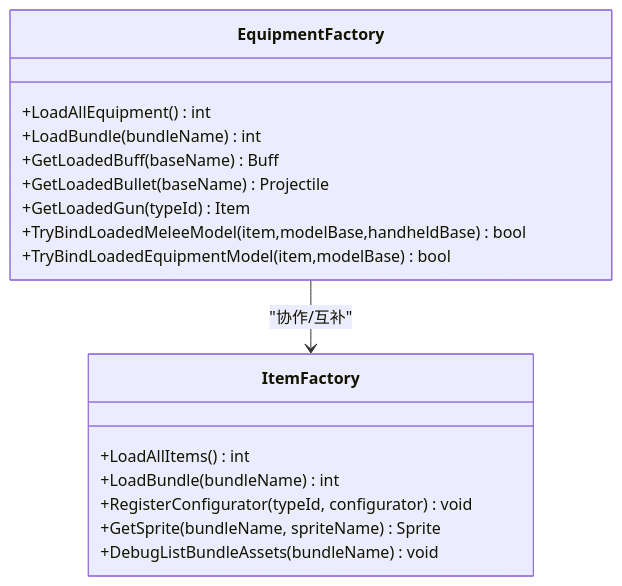
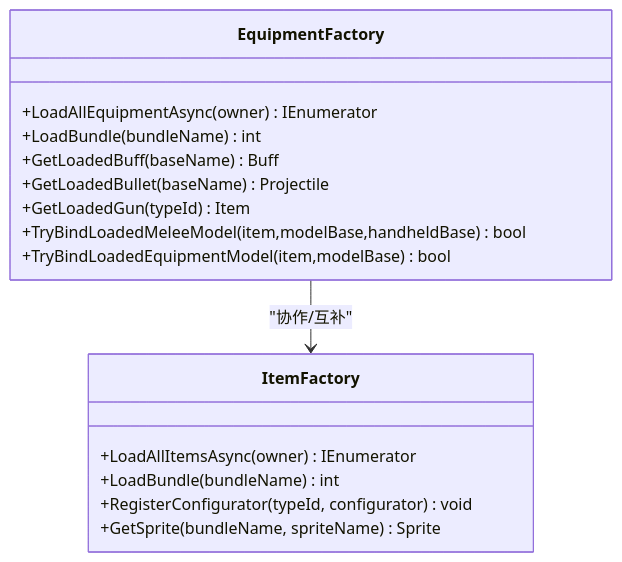
One commit to GASEN1216/BossRushMod changed the eighth of 9 diagrams in .qoder/repowiki/zh/content/项目概览/技术架构概览/技术架构概览.md. Above: the diagram before and after it, drawn with Mermaid. The commit also changed other lines of this file and 315 other files, not shown here.

Commit message:
v2.6.0：收集品 100 件与收藏册（开箱额外一格、九图两全图系列与珍品、集齐奖励、杰夫引导 590217、陈列柜实物与 6–8 档格框），全部物品图标按原版画风重画并统一到 ModItemIcons + Publish；资源读取统一为 ModSprites、ResourceBundleLoader、JsonDataRegistry、BossRushOfficialAudio、GetModPath 五个入口并删过期加载代码，修好从未响过的龙王武器射击音；主角枪械暴击率加成改为爆头伤害，收集品审核七条全修

````diff
--- a/.qoder/repowiki/zh/content/项目概览/技术架构概览/技术架构概览.md
+++ b/.qoder/repowiki/zh/content/项目概览/技术架构概览/技术架构概览.md
@@ -288,20 +288,19 @@
 ```mermaid
 classDiagram
 class EquipmentFactory {
-+LoadAllEquipment() int
++LoadAllEquipmentAsync(owner) IEnumerator
 +LoadBundle(bundleName) int
 +GetLoadedBuff(baseName) Buff
 +GetLoadedBullet(baseName) Projectile
 +GetLoadedGun(typeId) Item
 +TryBindLoadedMeleeModel(item,modelBase,handheldBase) bool
 +TryBindLoadedEquipmentModel(item,modelBase) bool
 }
 class ItemFactory {
-+LoadAllItems() int
++LoadAllItemsAsync(owner) IEnumerator
 +LoadBundle(bundleName) int
 +RegisterConfigurator(typeId, configurator) void
 +GetSprite(bundleName, spriteName) Sprite
-+DebugListBundleAssets(bundleName) void
 }
 EquipmentFactory --> ItemFactory : "协作/互补"
 ```
````
